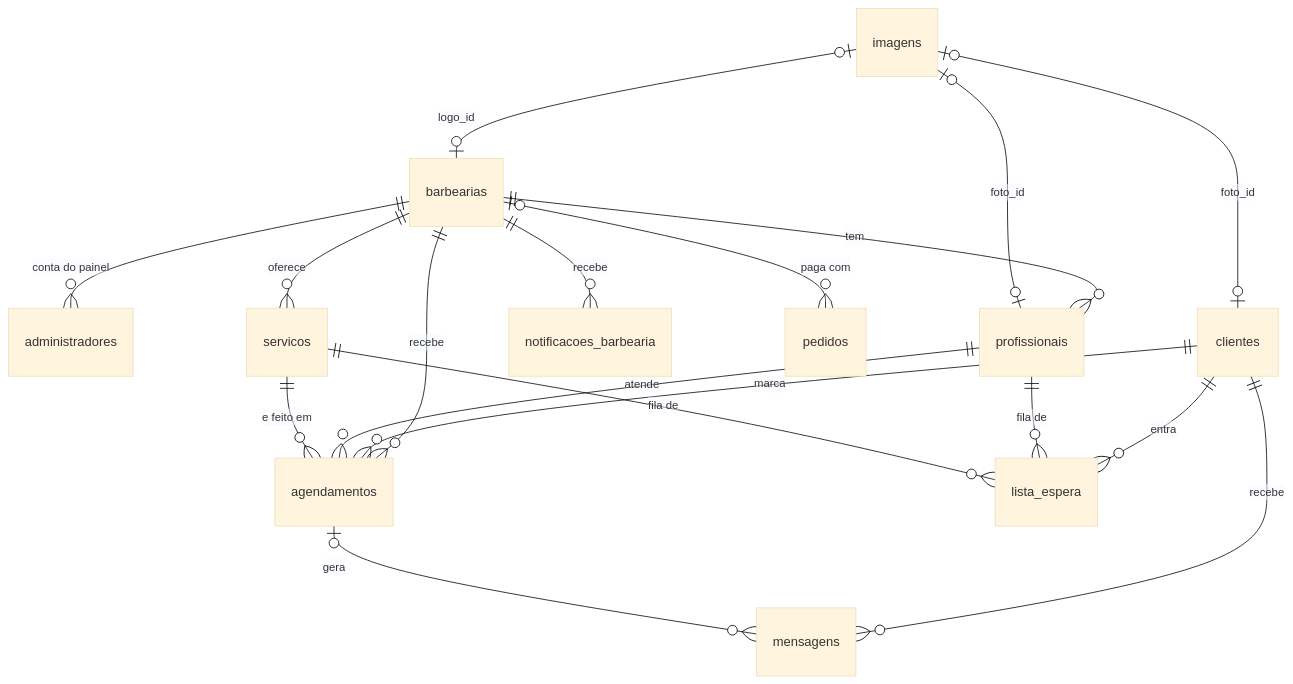
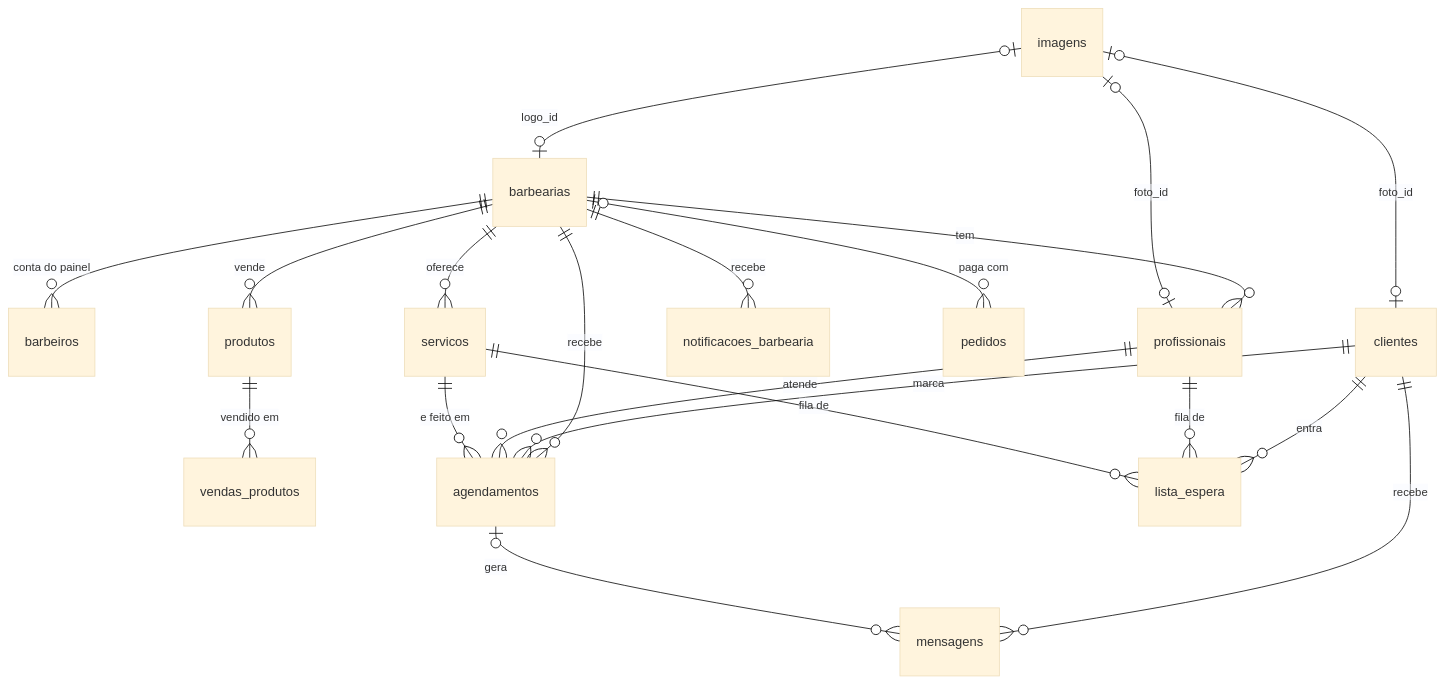
The diagram in README.md (AlessandroLuizLima/BarberFlow), drawn with Mermaid (base theme) before and after one commit. The commit also changed other lines of this file, not shown here.

Commit message:
docs: tabela barbeiros, produtos e painel com dados reais

````diff
--- a/README.md
+++ b/README.md
@@ -247,20 +254,22 @@
 ```mermaid
 erDiagram
-    barbearias ||--o{ administradores : "conta do painel"
+    barbearias ||--o{ barbeiros : "conta do painel"
+    barbearias ||--o{ produtos : vende
+    produtos ||--o{ vendas_produtos : "vendido em"
     barbearias ||--o{ profissionais : tem
     barbearias ||--o{ servicos : oferece
     barbearias ||--o{ agendamentos : recebe
     barbearias ||--o{ notificacoes_barbearia : recebe
     barbearias |o--o{ pedidos : "paga com"
     clientes ||--o{ agendamentos : marca
     profissionais ||--o{ agendamentos : atende
     servicos ||--o{ agendamentos : "e feito em"
     clientes ||--o{ lista_espera : entra
     profissionais ||--o{ lista_espera : "fila de"
     servicos ||--o{ lista_espera : "fila de"
     clientes ||--o{ mensagens : recebe
     agendamentos |o--o{ mensagens : gera
     imagens |o--o| clientes : "foto_id"
     imagens |o--o| profissionais : "foto_id"
     imagens |o--o| barbearias : "logo_id"
 ```
````
